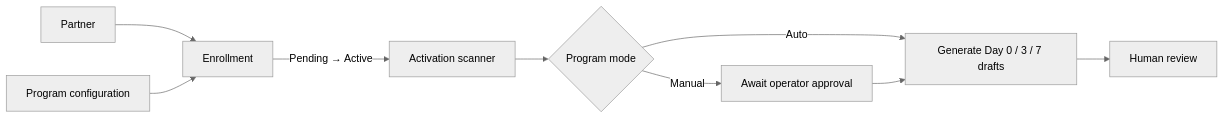
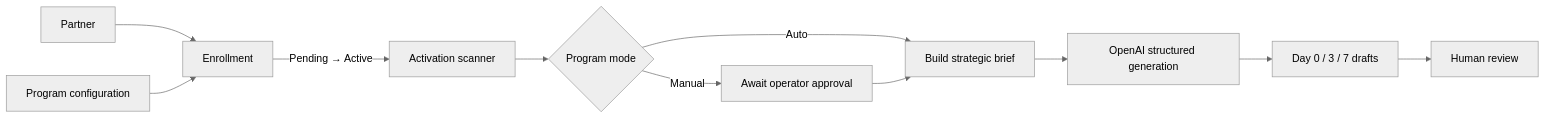
One commit to gxnevx/partner-onboarding-autopilot changed the diagram in README.md. Above: the diagram before and after it, drawn with Mermaid (neutral theme). The commit also changed other lines of this file and 12 other files, not shown here.

Commit message:
Add human-guided OpenAI email generation

````diff
--- a/README.md
+++ b/README.md
@@ -51,11 +56,13 @@
 ```mermaid
 flowchart LR
     P["Partner"] --> E["Enrollment"]
     G["Program configuration"] --> E
     E -->|"Pending → Active"| S["Activation scanner"]
     S --> M{"Program mode"}
-    M -->|"Auto"| D["Generate Day 0 / 3 / 7 drafts"]
+    M -->|"Auto"| B["Build strategic brief"]
     M -->|"Manual"| Q["Await operator approval"]
-    Q --> D
+    Q --> B
+    B --> A["OpenAI structured generation"]
+    A --> D["Day 0 / 3 / 7 drafts"]
     D --> R["Human review"]
 ```
````
